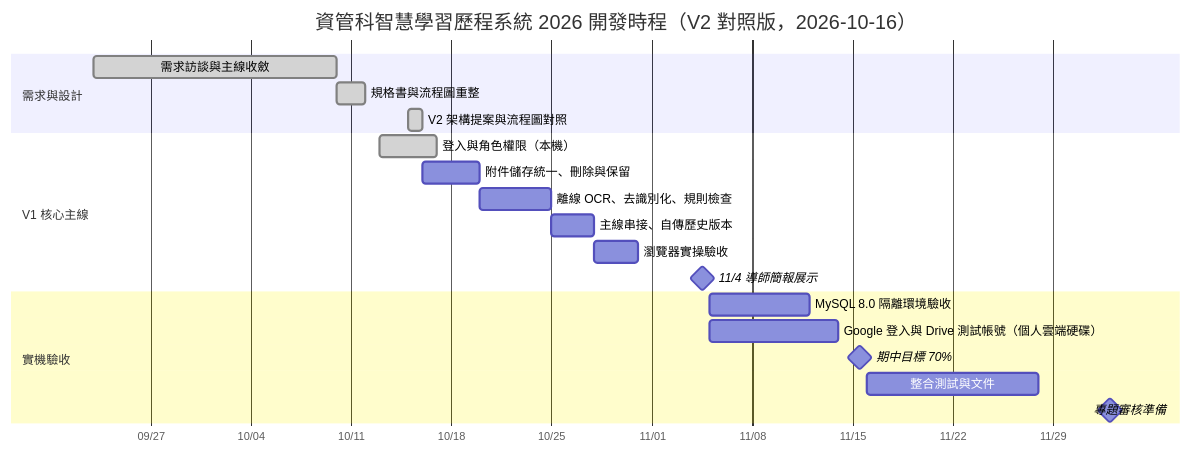
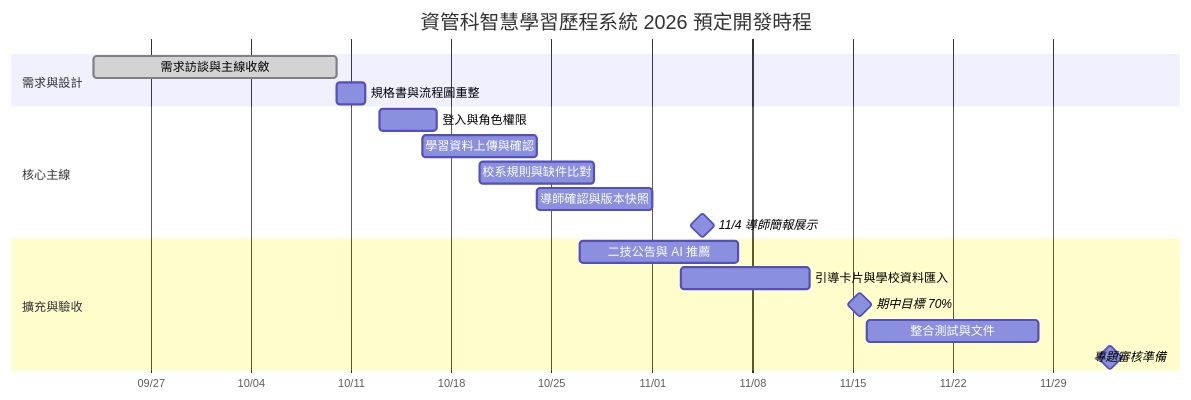
One commit to 111534107/smart-learning-portfolio-main changed the diagram in docs/images/D-24-gantt-2026.mmd. Above: the diagram before and after it, drawn with Mermaid. The commit also changed 841 other files, not shown here.

```diff
--- a/docs/images/D-24-gantt-2026.mmd
+++ b/docs/images/D-24-gantt-2026.mmd
@@ -1,21 +1,19 @@
 gantt
-  title 資管科智慧學習歷程系統 2026 開發時程（V2 對照版，2026-10-16）
+  title 資管科智慧學習歷程系統 2026 預定開發時程
   dateFormat  YYYY-MM-DD
   axisFormat  %m/%d
   section 需求與設計
   需求訪談與主線收斂 :done, req, 2026-09-23, 2026-10-10
-  規格書與流程圖重整 :done, spec, 2026-10-10, 2026-10-12
-  V2 架構提案與流程圖對照 :done, v2, 2026-10-15, 2026-10-16
-  section V1 核心主線
-  登入與角色權限（本機） :done, core1, 2026-10-13, 2026-10-17
-  附件儲存統一、刪除與保留 :core2, 2026-10-16, 2026-10-20
-  離線 OCR、去識別化、規則檢查 :core3, 2026-10-20, 2026-10-25
-  主線串接、自傳歷史版本 :core4, 2026-10-25, 2026-10-28
-  瀏覽器實操驗收 :core5, 2026-10-28, 2026-10-31
+  規格書與流程圖重整 :spec, 2026-10-10, 2026-10-12
+  section 核心主線
+  登入與角色權限 :core1, 2026-10-13, 2026-10-17
+  學習資料上傳與確認 :core2, 2026-10-16, 2026-10-24
+  校系規則與缺件比對 :core3, 2026-10-20, 2026-10-28
+  導師確認與版本快照 :core4, 2026-10-24, 2026-11-01
   11/4 導師簡報展示 :milestone, demo, 2026-11-04, 1d
-  section 實機驗收
-  MySQL 8.0 隔離環境驗收 :db, 2026-11-05, 2026-11-12
-  Google 登入與 Drive 測試帳號（個人雲端硬碟） :gd, 2026-11-05, 2026-11-14
+  section 擴充與驗收
+  二技公告與 AI 推薦 :ext1, 2026-10-27, 2026-11-07
+  引導卡片與學校資料匯入 :ext2, 2026-11-03, 2026-11-12
   期中目標 70% :milestone, seventy, 2026-11-15, 1d
   整合測試與文件 :qa, 2026-11-16, 2026-11-28
   專題審核準備 :milestone, review, 2026-12-01, 2026-12-05
```
